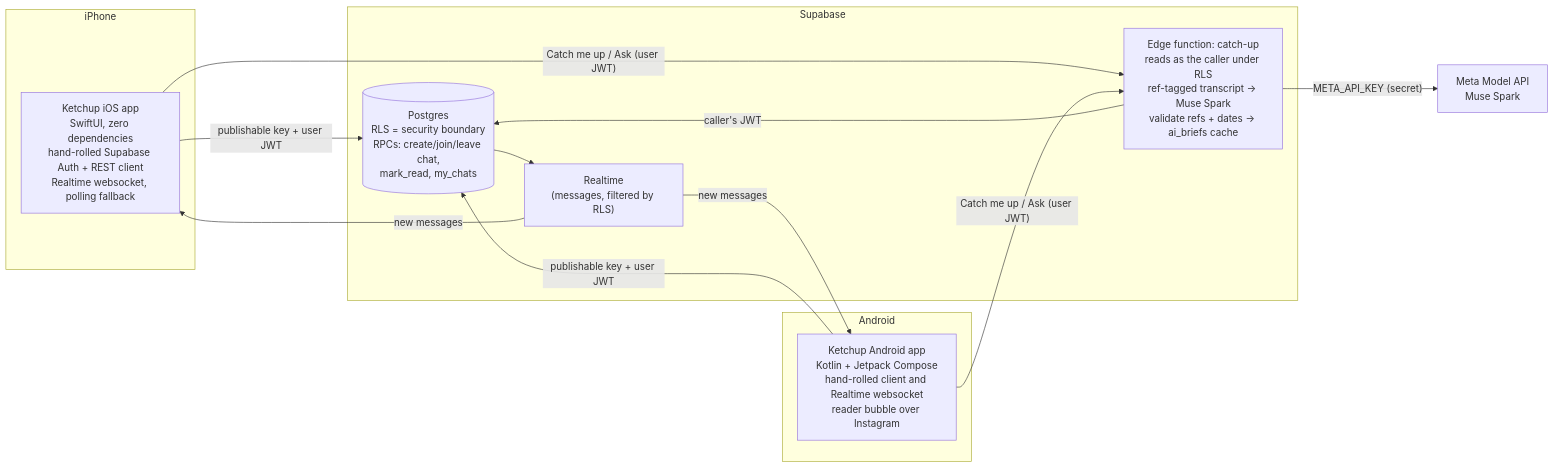
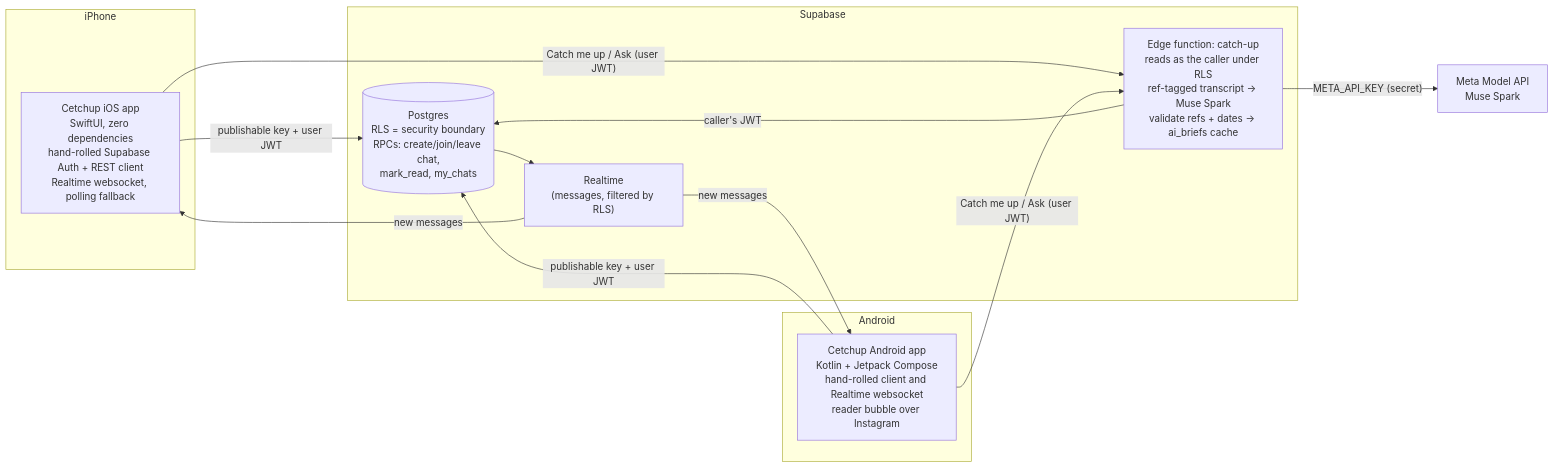
One commit to DavidNichols1/TLDR changed the diagram in README.md. Above: the diagram before and after it, drawn with Mermaid. The commit also changed other lines of this file and 5 other files, not shown here.

````diff
--- a/README.md
+++ b/README.md
@@ -173,24 +173,24 @@
 ```mermaid
 flowchart LR
   subgraph iPhone
-    A["Ketchup iOS app<br/>SwiftUI, zero dependencies<br/>hand-rolled Supabase Auth + REST client<br/>Realtime websocket, polling fallback"]
+    A["Cetchup iOS app<br/>SwiftUI, zero dependencies<br/>hand-rolled Supabase Auth + REST client<br/>Realtime websocket, polling fallback"]
   end
   subgraph Android
-    B["Ketchup Android app<br/>Kotlin + Jetpack Compose<br/>hand-rolled client and Realtime websocket<br/>reader bubble over Instagram"]
+    B["Cetchup Android app<br/>Kotlin + Jetpack Compose<br/>hand-rolled client and Realtime websocket<br/>reader bubble over Instagram"]
   end
   subgraph Supabase
     DB[("Postgres<br/>RLS = security boundary<br/>RPCs: create/join/leave chat,<br/>mark_read, my_chats")]
     RT["Realtime<br/>(messages, filtered by RLS)"]
     FN["Edge function: catch-up<br/>reads as the caller under RLS<br/>ref-tagged transcript → Muse Spark<br/>validate refs + dates → ai_briefs cache"]
   end
   META["Meta Model API<br/>Muse Spark"]
 
   A -- "publishable key + user JWT" --> DB
   B -- "publishable key + user JWT" --> DB
   DB --> RT -- "new messages" --> A
   RT -- "new messages" --> B
   A -- "Catch me up / Ask (user JWT)" --> FN
   B -- "Catch me up / Ask (user JWT)" --> FN
   FN -- "caller's JWT" --> DB
   FN -- "META_API_KEY (secret)" --> META
 ```
````
